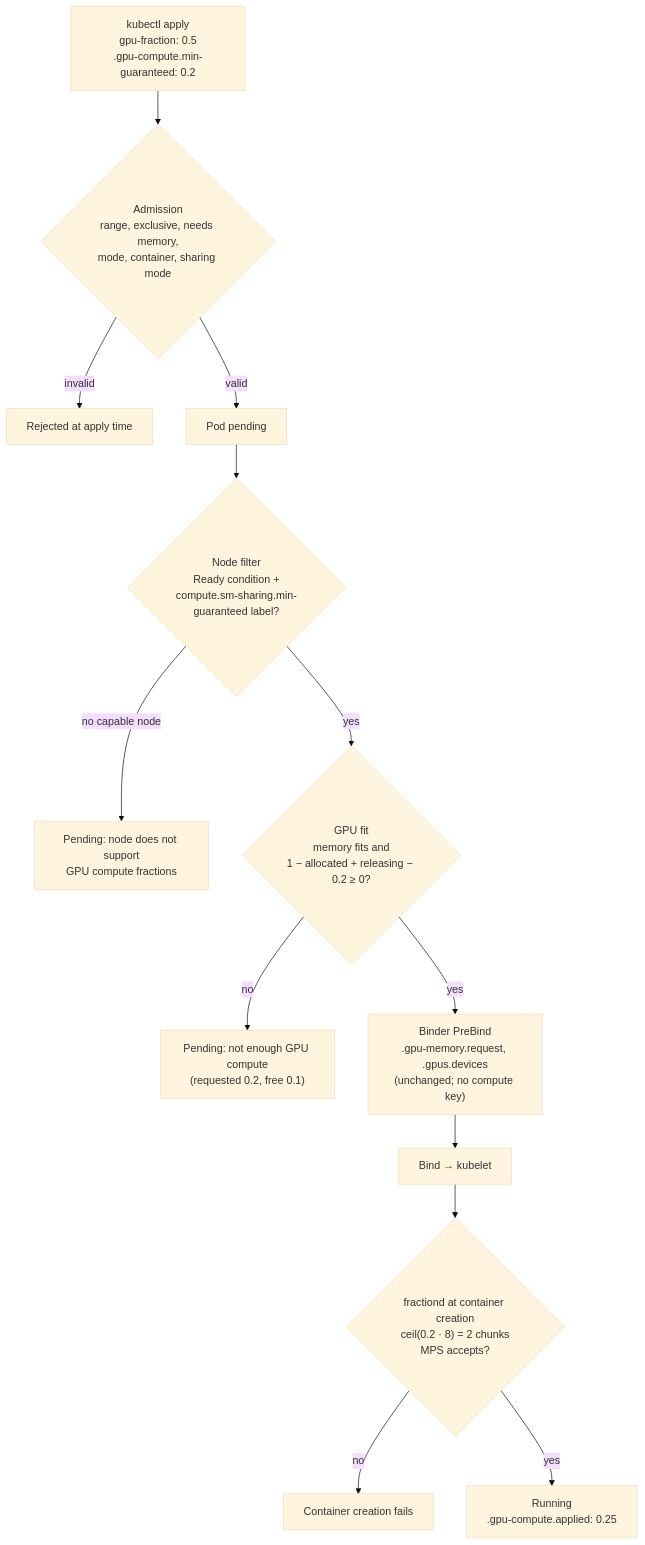
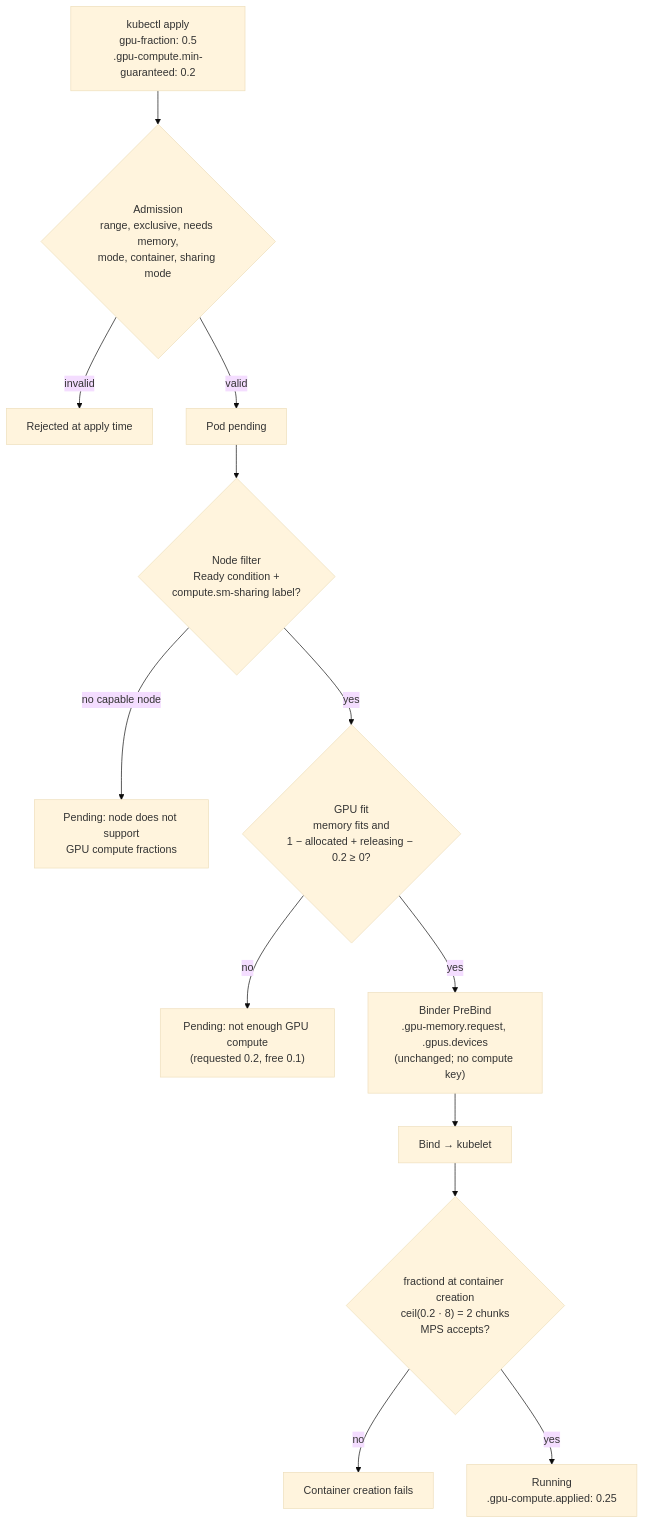
One commit to kai-scheduler/KAI-Scheduler changed the second of 2 diagrams in docs/developer/designs/gpu-compute-fractions/README.md. Above: the diagram before and after it, drawn with Mermaid (base theme). The commit also changed other lines of this file, not shown here.

Commit message:
docs(docs): per-mode capability labels, resizing non-goal and reclaim in compute fractions HLD

````diff
--- a/docs/developer/designs/gpu-compute-fractions/README.md
+++ b/docs/developer/designs/gpu-compute-fractions/README.md
@@ -295,15 +294,15 @@
 ```mermaid
 flowchart TD
   U["kubectl apply<br/>gpu-fraction: 0.5<br/>.gpu-compute.min-guaranteed: 0.2"] --> A{"Admission<br/>range, exclusive, needs memory,<br/>mode, container, sharing mode"}
   A -- invalid --> X["Rejected at apply time"]
   A -- valid --> P["Pod pending"]
-  P --> F{"Node filter<br/>Ready condition +<br/>compute.sm-sharing.min-guaranteed label?"}
+  P --> F{"Node filter<br/>Ready condition +<br/>compute.sm-sharing label?"}
   F -- "no capable node" --> W1["Pending: node does not support<br/>GPU compute fractions"]
   F -- yes --> L{"GPU fit<br/>memory fits and<br/>1 − allocated + releasing − 0.2 ≥ 0?"}
   L -- no --> W2["Pending: not enough GPU compute<br/>(requested 0.2, free 0.1)"]
   L -- yes --> B["Binder PreBind<br/>.gpu-memory.request, .gpus.devices<br/>(unchanged; no compute key)"]
   B --> K["Bind → kubelet"]
   K --> G{"fractiond at container creation<br/>ceil(0.2 · 8) = 2 chunks<br/>MPS accepts?"}
   G -- no --> E["Container creation fails"]
   G -- yes --> OK["Running<br/>.gpu-compute.applied: 0.25"]
 ```
````
